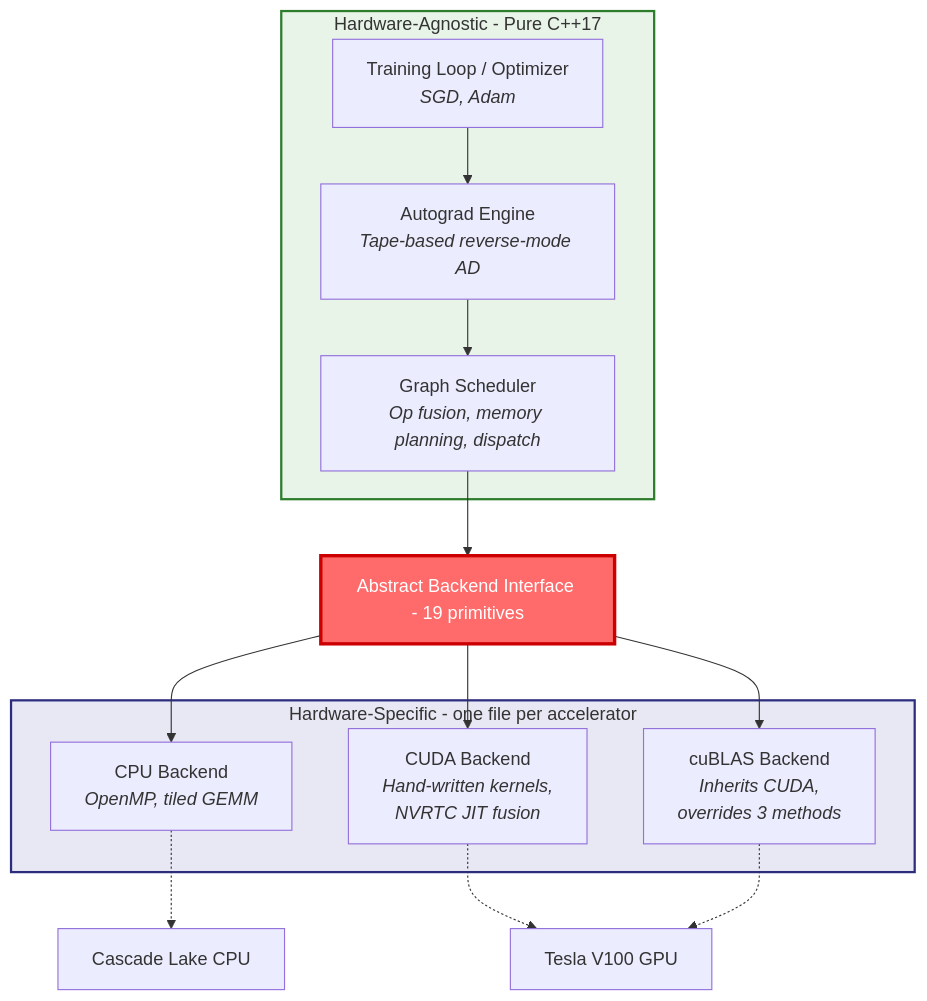
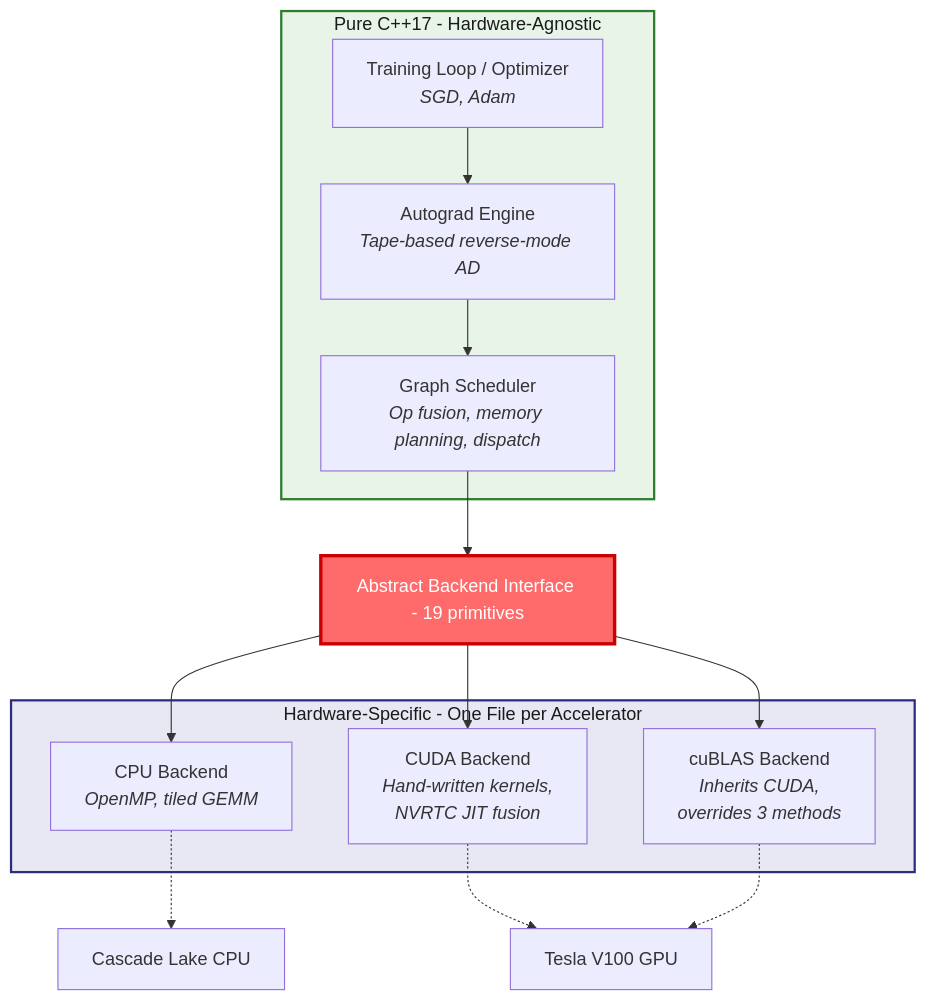
The first of 13 diagrams in src/content/projects/paragrad-engine.md (codevardhan/codevardhan.github.io), drawn with Mermaid before and after one commit. The commit also changed other lines of this file and 4 other files, not shown here.

````diff
--- a/src/content/projects/paragrad-engine.md
+++ b/src/content/projects/paragrad-engine.md
@@ -27,30 +27,30 @@
 ```mermaid
 graph TB
-    subgraph portable["Hardware-Agnostic - Pure C++17"]
-        style portable fill:#e8f4e8,stroke:#2d7d2d,stroke-width:2px
+    subgraph portable["Pure C++17 - Hardware-Agnostic"]
+        style portable fill:#e8f4e8,stroke:#2d7d2d,stroke-width:2px,color:#1a1a1a
         TL["Training Loop / Optimizer<br/><i>SGD, Adam</i>"]
         AE["Autograd Engine<br/><i>Tape-based reverse-mode AD</i>"]
         GS["Graph Scheduler<br/><i>Op fusion, memory planning, dispatch</i>"]
         TL --> AE --> GS
     end
 
     BOUND["Abstract Backend Interface - 19 primitives"]
     style BOUND fill:#ff6b6b,stroke:#cc0000,stroke-width:3px,color:#fff
 
     GS --> BOUND
 
-    subgraph backends["Hardware-Specific - one file per accelerator"]
-        style backends fill:#e8e8f4,stroke:#2d2d7d,stroke-width:2px
+    subgraph backends["Hardware-Specific - One File per Accelerator"]
+        style backends fill:#e8e8f4,stroke:#2d2d7d,stroke-width:2px,color:#1a1a1a
         CPU["CPU Backend<br/><i>OpenMP, tiled GEMM</i>"]
         CUDA["CUDA Backend<br/><i>Hand-written kernels,<br/>NVRTC JIT fusion</i>"]
         CUBLAS["cuBLAS Backend<br/><i>Inherits CUDA,<br/>overrides 3 methods</i>"]
     end
 
     BOUND --> CPU
     BOUND --> CUDA
     BOUND --> CUBLAS
 
     CPU -.-> HW1["Cascade Lake CPU"]
     CUDA -.-> HW2["Tesla V100 GPU"]
     CUBLAS -.-> HW2
 ```
````
